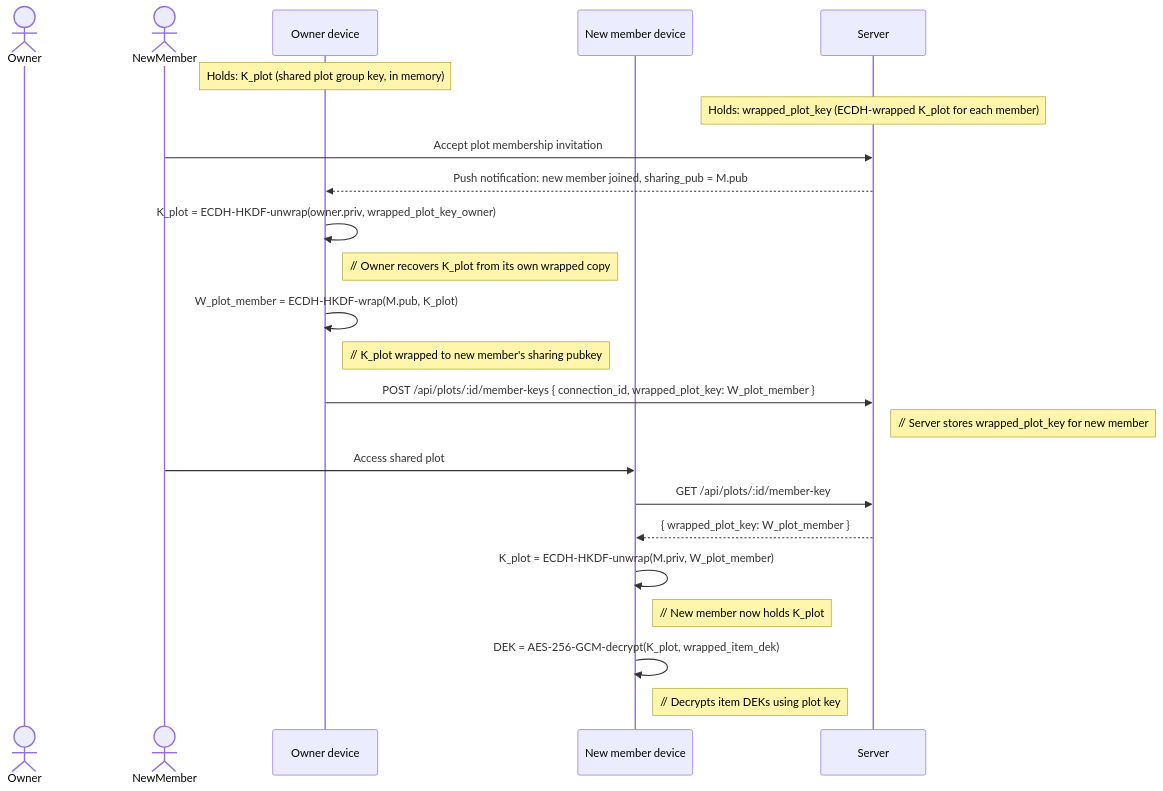
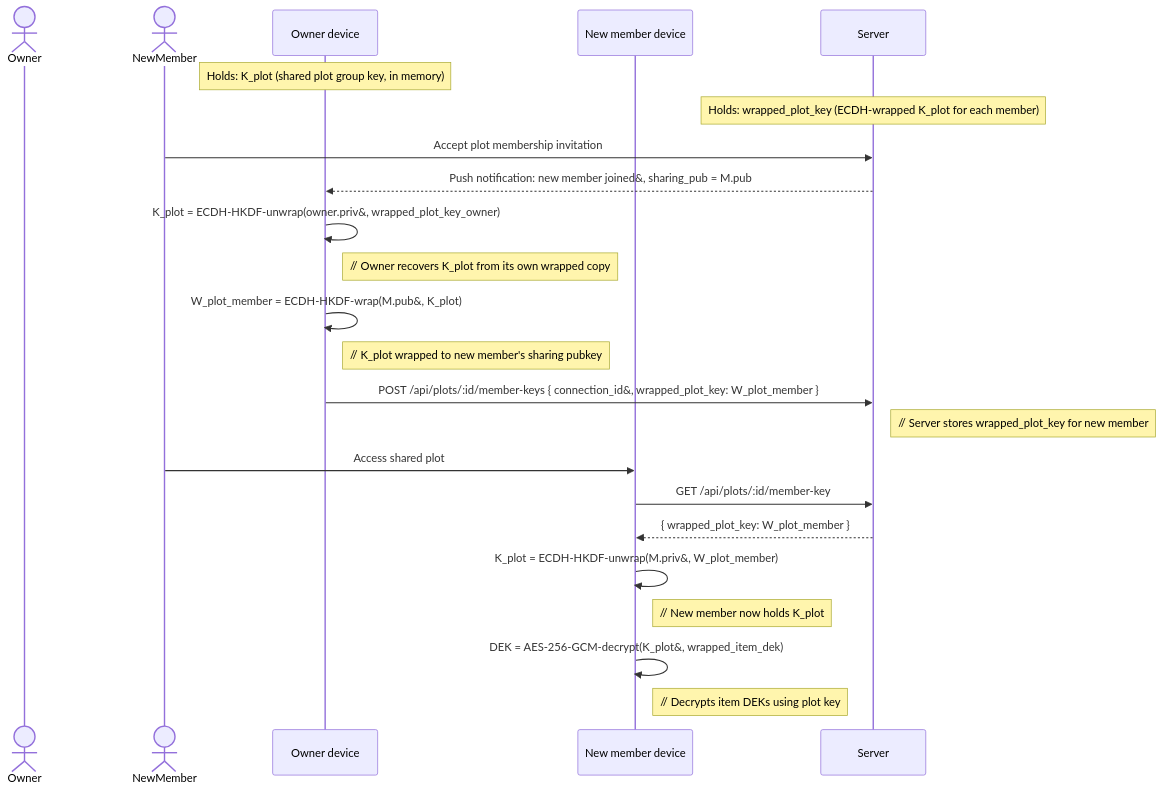
Before and after one commit to bacalv/Heirlooms: the sixth of 7 diagrams in docs/notation/NOT-001_sequence-diagrams.md, drawn with Mermaid. The commit also changed other lines of this file, not shown here.

First line of the commit message:
fix(NOT-001): escape commas and semicolons in Mermaid arrow labels

````diff
--- a/docs/notation/NOT-001_sequence-diagrams.md
+++ b/docs/notation/NOT-001_sequence-diagrams.md
@@ -221,33 +221,33 @@
 ```mermaid
 sequenceDiagram
     actor Owner
     actor NewMember
     participant OwnerClient as Owner device
     participant MemberClient as New member device
     participant Server
 
     Note over OwnerClient: Holds: K_plot (shared plot group key, in memory)
     Note over Server: Holds: wrapped_plot_key (ECDH-wrapped K_plot for each member)
 
     NewMember->>Server: Accept plot membership invitation
-    Server-->>OwnerClient: Push notification: new member joined, sharing_pub = M.pub
+    Server-->>OwnerClient: Push notification: new member joined&#44; sharing_pub = M.pub
 
-    OwnerClient->>OwnerClient: K_plot = ECDH-HKDF-unwrap(owner.priv, wrapped_plot_key_owner)
+    OwnerClient->>OwnerClient: K_plot = ECDH-HKDF-unwrap(owner.priv&#44; wrapped_plot_key_owner)
     Note right of OwnerClient: // Owner recovers K_plot from its own wrapped copy
 
-    OwnerClient->>OwnerClient: W_plot_member = ECDH-HKDF-wrap(M.pub, K_plot)
+    OwnerClient->>OwnerClient: W_plot_member = ECDH-HKDF-wrap(M.pub&#44; K_plot)
     Note right of OwnerClient: // K_plot wrapped to new member's sharing pubkey
 
-    OwnerClient->>Server: POST /api/plots/:id/member-keys { connection_id, wrapped_plot_key: W_plot_member }
+    OwnerClient->>Server: POST /api/plots/:id/member-keys { connection_id&#44; wrapped_plot_key: W_plot_member }
     Note right of Server: // Server stores wrapped_plot_key for new member
 
     NewMember->>MemberClient: Access shared plot
     MemberClient->>Server: GET /api/plots/:id/member-key
     Server-->>MemberClient: { wrapped_plot_key: W_plot_member }
 
-    MemberClient->>MemberClient: K_plot = ECDH-HKDF-unwrap(M.priv, W_plot_member)
+    MemberClient->>MemberClient: K_plot = ECDH-HKDF-unwrap(M.priv&#44; W_plot_member)
     Note right of MemberClient: // New member now holds K_plot
 
-    MemberClient->>MemberClient: DEK = AES-256-GCM-decrypt(K_plot, wrapped_item_dek)
+    MemberClient->>MemberClient: DEK = AES-256-GCM-decrypt(K_plot&#44; wrapped_item_dek)
     Note right of MemberClient: // Decrypts item DEKs using plot key
 ```
````
